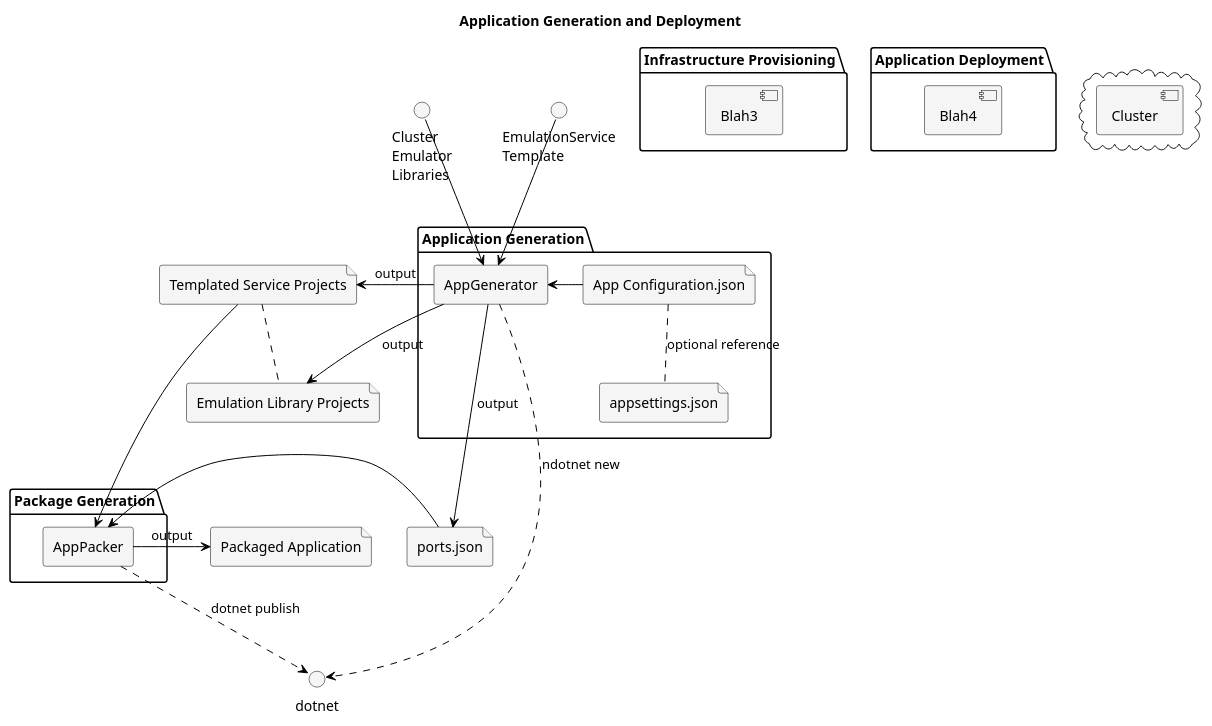
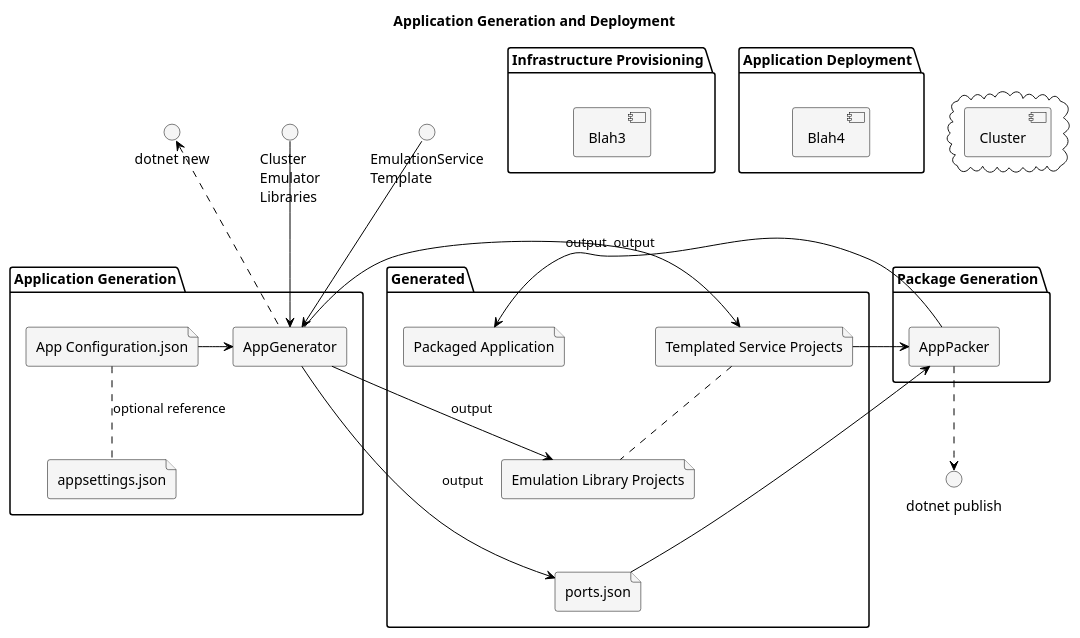
Before and after one commit to K-Cully/performance-of-microservices: the diagram in plantuml_diagrams/FlowDiagram_BuildAndDeploy.wsd, drawn with PlantUML.

Commit message:
clean up layout

```diff
--- a/plantuml_diagrams/FlowDiagram_BuildAndDeploy.wsd
+++ b/plantuml_diagrams/FlowDiagram_BuildAndDeploy.wsd
@@ -1,84 +1,86 @@
 @startuml
 
 title Application Generation and Deployment
 
 
 skinparam component {
   FontName Arial
   BorderColor black
   BackgroundColor whitesmoke
   ArrowColor black
 }
 
 skinparam interface {
   BorderColor black
   BackgroundColor whitesmoke
 }
 
 skinparam file {
   BorderColor black
   BackgroundColor whitesmoke
 }
 
 skinparam agent {
   BorderColor black
   BackgroundColor whitesmoke
 }
 
-interface dotnet
-
+interface "dotnet new" as dotnetNew
 interface "Cluster\nEmulator\nLibraries" as ClusterLibraries
 interface "EmulationService\nTemplate" as ServiceTemplate
 
-file "ports.json" as ports
-file "Emulation Library Projects" as libraries
-file "Templated Service Projects" as projects
+folder Generated {
+    file "ports.json" as ports
+    file "Emulation Library Projects" as libraries
+    file "Templated Service Projects" as projects
+    file "Packaged Application" as appPackage
+}
 
 projects .. libraries
 libraries -[hidden]-> ports
 
 package "Application Generation" {
     agent AppGenerator
 
     file "appsettings.json" as appSettings
     file "App Configuration.json" as appConfig
 
     appConfig .. appSettings : optional reference
     appConfig -> AppGenerator
 
-    AppGenerator ..> dotnet : ndotnet new
+    AppGenerator .up.> dotnetNew
 
     AppGenerator -> projects : output
     AppGenerator -> libraries : output
     AppGenerator -> ports : output
 }
 
 ServiceTemplate --> AppGenerator
 ClusterLibraries --> AppGenerator
 
-file "Packaged Application" as servicePackages
+interface "dotnet publish" as dotnetPub
 
 package "Package Generation" {
     agent AppPacker
 
     ports -> AppPacker
     projects -> AppPacker
 
-    AppPacker ..> dotnet : dotnet publish
-    AppPacker -> servicePackages : output
+    AppPacker ..> dotnetPub
+    AppPacker -> appPackage : output
 }
 
 package "Infrastructure Provisioning" {
     [Blah3]
 }
 
 package "Application Deployment" {
     [Blah4]
 }
 
 cloud {
     [Cluster]
 }
 
 
 @enduml
```
